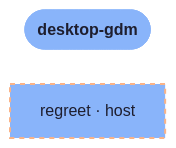
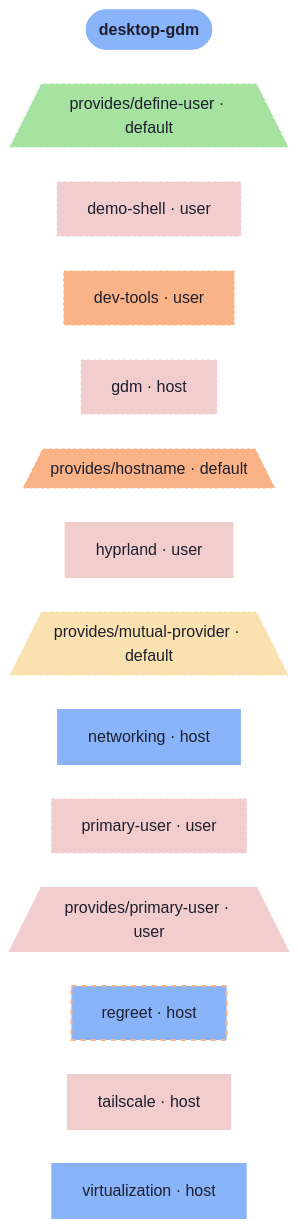
The diagram in templates/diag-fx-demo/diagrams/desktop-gdm-orphans.md (sini/den), drawn with Mermaid before and after one commit. The commit also changed 849 other files, not shown here.

Commit message:
chore: update fx diagrams

````diff
--- a/templates/diag-fx-demo/diagrams/desktop-gdm-orphans.md
+++ b/templates/diag-fx-demo/diagrams/desktop-gdm-orphans.md
@@ -5,10 +5,34 @@
 ```mermaid
 %%{init: {"elk":{"mergeEdges":true,"nodePlacementStrategy":"BRANDES_KOEPF"},"layout":"elk","theme":"base","themeVariables":{"activationBkgColor":"#313244","activationBorderColor":"#6c7086","actorBkg":"#313244","actorBorder":"#a6adc8","actorLineColor":"#a6adc8","actorTextColor":"#cdd6f4","background":"#1e1e2e","classText":"#cdd6f4","clusterBkg":"#313244","clusterBorder":"#6c7086","edgeLabelBackground":"#1e1e2e","labelBoxBkgColor":"#313244","labelBoxBorderColor":"#a6adc8","labelTextColor":"#cdd6f4","lineColor":"#a6adc8","loopTextColor":"#cdd6f4","mainBkg":"#313244","nodeBkg":"#313244","nodeBorder":"#a6adc8","nodeTextColor":"#cdd6f4","noteBkgColor":"#313244","noteBorderColor":"#6c7086","noteTextColor":"#cdd6f4","pie1":"#f38ba8","pie2":"#fab387","pie3":"#f9e2af","pie4":"#a6e3a1","pie5":"#94e2d5","pie6":"#89b4fa","pie7":"#cba6f7","pie8":"#f2cdcd","pieLegendTextColor":"#cdd6f4","pieOuterStrokeColor":"#6c7086","pieSectionTextColor":"#cdd6f4","pieStrokeColor":"#6c7086","pieTitleTextColor":"#cdd6f4","primaryBorderColor":"#a6adc8","primaryColor":"#313244","primaryTextColor":"#cdd6f4","secondBkg":"#313244","secondaryBorderColor":"#6c7086","secondaryColor":"#313244","secondaryTextColor":"#cdd6f4","sequenceNumberColor":"#1e1e2e","signalColor":"#a6adc8","signalTextColor":"#cdd6f4","tertiaryBorderColor":"#6c7086","tertiaryColor":"#313244","tertiaryTextColor":"#cdd6f4","textColor":"#cdd6f4","titleColor":"#cdd6f4"}}}%%
 graph LR
   desktop_gdm([desktop-gdm]):::root
+  den__provides__define_user[/"provides/define-user · default"\]:::den__provides__define_user_c
+  demo_shell["demo-shell · user"]:::demo_shell_c
+  dev_tools["dev-tools · user"]:::dev_tools_c
+  gdm["gdm · host"]:::gdm_c
+  den__provides__hostname[/"provides/hostname · default"\]:::den__provides__hostname_c
+  hyprland["hyprland · user"]:::hyprland_c
+  den__provides__mutual_provider[/"provides/mutual-provider · default"\]:::den__provides__mutual_provider_c
+  networking["networking · host"]:::networking_c
+  primary_user["primary-user · user"]:::primary_user_c
+  den__provides__primary_user[/"provides/primary-user · user"\]:::den__provides__primary_user_c
   regreet["regreet · host"]:::regreet_c
+  tailscale["tailscale · host"]:::tailscale_c
+  virtualization["virtualization · host"]:::virtualization_c
 
 
   classDef root fill:#89b4fa,stroke:#89b4fa,color:#1e1e2e,font-weight:bold
+  classDef den__provides__define_user_c fill:#a6e3a1,stroke:#a6e3a1,color:#1e1e2e,stroke-dasharray: 3 3,stroke-width:1px
+  classDef demo_shell_c fill:#f2cdcd,stroke:#f2cdcd,color:#1e1e2e,stroke-dasharray: 3 3,stroke-width:1px
+  classDef dev_tools_c fill:#fab387,stroke:#fab387,color:#1e1e2e,stroke-dasharray: 3 3,stroke-width:1px
+  classDef gdm_c fill:#f2cdcd,stroke:#f2cdcd,color:#1e1e2e,stroke-dasharray: 3 3,stroke-width:1px
+  classDef den__provides__hostname_c fill:#fab387,stroke:#fab387,color:#1e1e2e,stroke-dasharray: 3 3,stroke-width:1px
+  classDef hyprland_c fill:#f2cdcd,stroke:#f2cdcd,color:#1e1e2e,stroke-width:2px
+  classDef den__provides__mutual_provider_c fill:#f9e2af,stroke:#f9e2af,color:#1e1e2e,stroke-dasharray: 3 3,stroke-width:1px
+  classDef networking_c fill:#89b4fa,stroke:#89b4fa,color:#1e1e2e,stroke-width:2px
+  classDef primary_user_c fill:#f2cdcd,stroke:#f2cdcd,color:#1e1e2e,stroke-dasharray: 3 3,stroke-width:1px
+  classDef den__provides__primary_user_c fill:#f2cdcd,stroke:#f2cdcd,color:#1e1e2e,stroke-width:2px
   classDef regreet_c fill:#89b4fa,stroke:#fab387,color:#1e1e2e,stroke-dasharray: 5 5,stroke-width:2px
+  classDef tailscale_c fill:#f2cdcd,stroke:#f2cdcd,color:#1e1e2e,stroke-width:2px
+  classDef virtualization_c fill:#89b4fa,stroke:#89b4fa,color:#1e1e2e,stroke-width:2px
 ```
````
